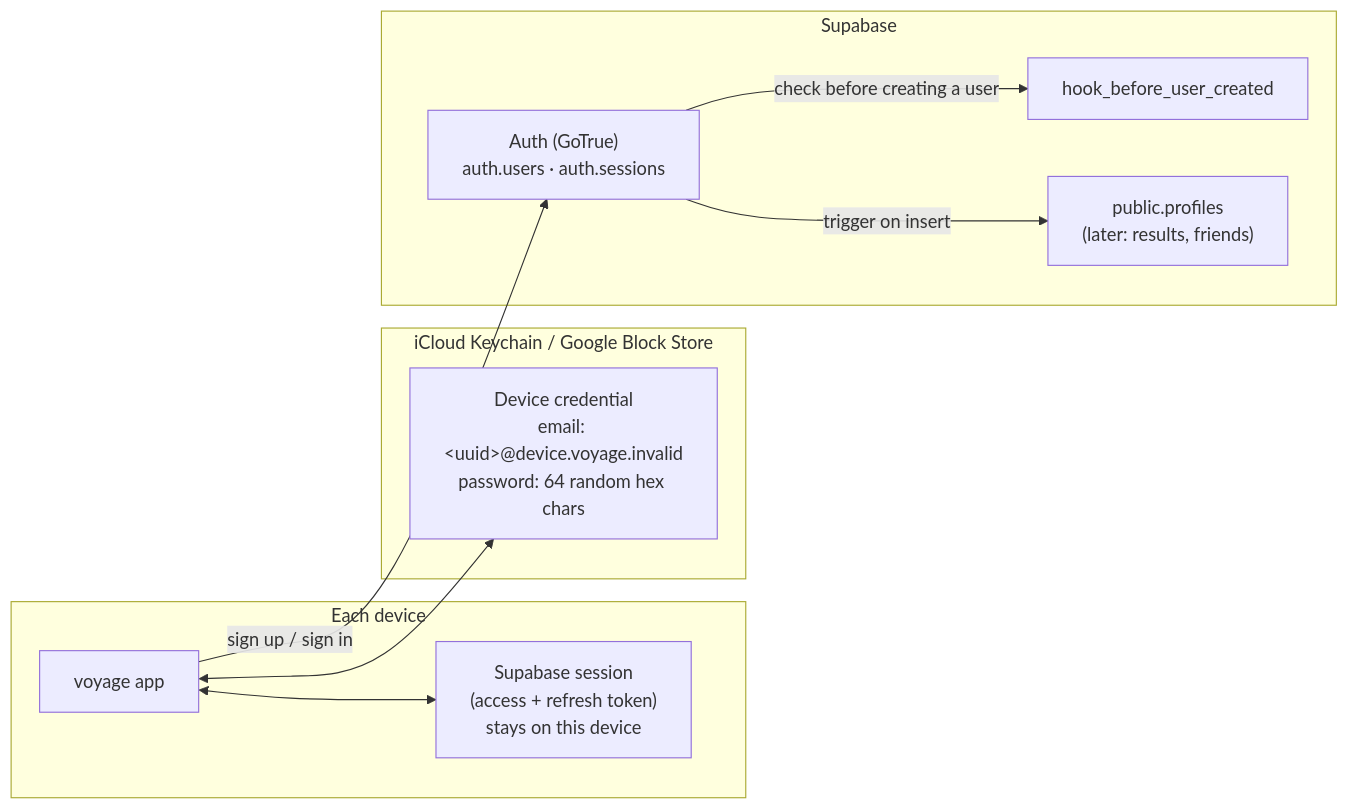
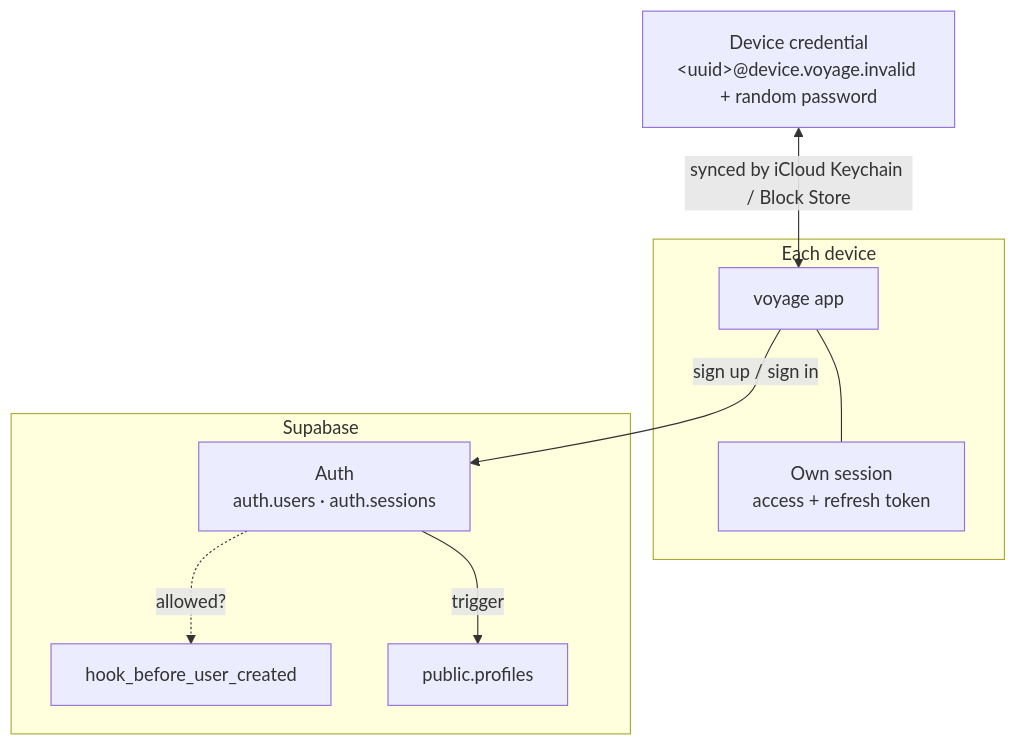
The first of 5 diagrams in docs/DEVICE_IDENTITY.md (AnmolS99/voyage), drawn with Mermaid before and after one commit.

Commit message:
docs: make the device identity overview diagram readable

````diff
--- a/docs/DEVICE_IDENTITY.md
+++ b/docs/DEVICE_IDENTITY.md
@@ -12,20 +12,16 @@
 ```mermaid
-flowchart LR
-  subgraph Phone["Each device"]
-    App["voyage app"]
-    Session["Supabase session<br/>(access + refresh token)<br/>stays on this device"]
-  end
-  subgraph Sync["iCloud Keychain / Google Block Store"]
-    Cred["Device credential<br/>email: #lt;uuid#gt;@device.voyage.invalid<br/>password: 64 random hex chars"]
+flowchart TB
+  Cred["Device credential<br/>#lt;uuid#gt;@device.voyage.invalid + random password"]
+  subgraph Device["Each device"]
+    App["voyage app"] --- Session["Own session<br/>access + refresh token"]
   end
   subgraph Supabase
-    Auth["Auth (GoTrue)<br/>auth.users · auth.sessions"]
+    Auth["Auth<br/>auth.users · auth.sessions"]
     Hook["hook_before_user_created"]
-    DB["public.profiles<br/>(later: results, friends)"]
+    DB["public.profiles"]
   end
-  App <--> Cred
-  App <--> Session
+  Cred <-- "synced by iCloud Keychain / Block Store" --> App
   App -- "sign up / sign in" --> Auth
-  Auth -- "check before creating a user" --> Hook
-  Auth -- "trigger on insert" --> DB
+  Auth -. "allowed?" .-> Hook
+  Auth -- "trigger" --> DB
 ```
````
